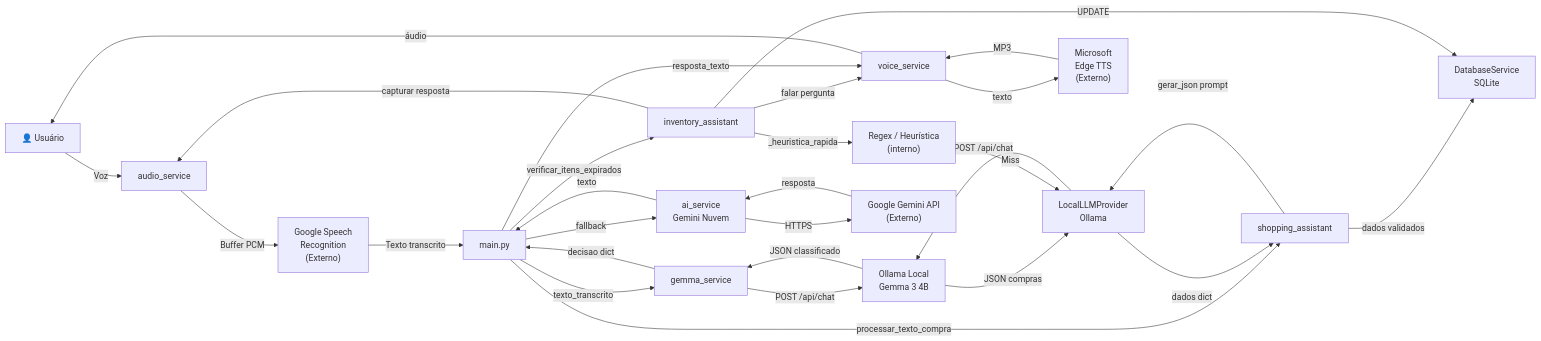
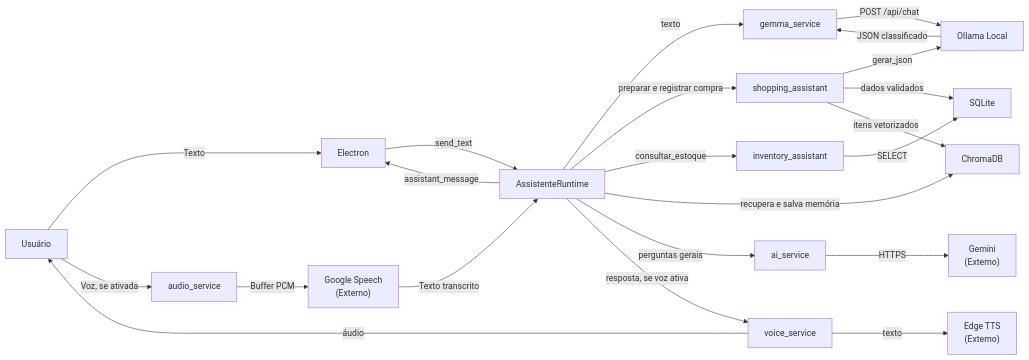
The third of 5 diagrams in Sobre a Versão/05 - Engenharia do Software.md (Felipe-Stu/assistente-domestico), drawn with Mermaid before and after one commit. The commit also changed other lines of this file and 18 other files, not shown here.

First line of the commit message:
feat: Fase 1 — roteamento por regras, compras confiáveis e nuvem restrita

````diff
--- a/Sobre a Versão/05 - Engenharia do Software.md
+++ b/Sobre a Versão/05 - Engenharia do Software.md
@@ -113,35 +133,28 @@
 ```mermaid
 graph LR
-    USER["👤 Usuário"] -->|Voz| AUDIO["audio_service"]
-    AUDIO -->|Buffer PCM| GOOGLE_STT["Google Speech\nRecognition\n(Externo)"]
-    GOOGLE_STT -->|Texto transcrito| MAIN["main.py"]
+    USER["Usuário"] -->|Texto| UI["Electron"]
+    USER -->|Voz, se ativada| AUDIO["audio_service"]
+    AUDIO -->|Buffer PCM| GOOGLE_STT["Google Speech<br>(Externo)"]
+    GOOGLE_STT -->|Texto transcrito| RT["AssistenteRuntime"]
+    UI -->|send_text| RT
+    RT -->|assistant_message| UI
 
-    MAIN -->|texto_transcrito| GEMMA_SVC["gemma_service"]
-    GEMMA_SVC -->|POST /api/chat| OLLAMA["Ollama Local\nGemma 3 4B"]
+    RT -->|texto| GEMMA_SVC["gemma_service"]
+    GEMMA_SVC -->|POST /api/chat| OLLAMA["Ollama Local"]
     OLLAMA -->|JSON classificado| GEMMA_SVC
-    GEMMA_SVC -->|decisao dict| MAIN
 
-    MAIN -->|processar_texto_compra| SHOPPING["shopping_assistant"]
-    SHOPPING -->|gerar_json prompt| LOCAL_LLM["LocalLLMProvider\nOllama"]
-    LOCAL_LLM -->|POST /api/chat| OLLAMA
-    OLLAMA -->|JSON compras| LOCAL_LLM
-    LOCAL_LLM -->|dados dict| SHOPPING
-    SHOPPING -->|dados validados| DB["DatabaseService\nSQLite"]
+    RT -->|preparar e registrar compra| SHOPPING["shopping_assistant"]
+    SHOPPING -->|gerar_json| OLLAMA
+    SHOPPING -->|dados validados| DB["SQLite"]
+    SHOPPING -->|itens vetorizados| CHROMA["ChromaDB"]
 
-    MAIN -->|verificar_itens_expirados| INVENTORY["inventory_assistant"]
-    INVENTORY -->|falar pergunta| VOICE["voice_service"]
-    VOICE -->|texto| EDGE_TTS["Microsoft\nEdge TTS\n(Externo)"]
-    EDGE_TTS -->|MP3| VOICE
+    RT -->|consultar_estoque| INVENTORY["inventory_assistant"]
+    INVENTORY -->|SELECT| DB
+
+    RT -->|recupera e salva memória| CHROMA
+    RT -->|perguntas gerais| AI["ai_service"]
+    AI -->|HTTPS| GEMINI["Gemini<br>(Externo)"]
+    RT -->|resposta, se voz ativa| VOICE["voice_service"]
+    VOICE -->|texto| EDGE_TTS["Edge TTS<br>(Externo)"]
     VOICE -->|áudio| USER
-
-    INVENTORY -->|capturar resposta| AUDIO
-    INVENTORY -->|_heuristica_rapida| REGEX["Regex / Heurística\n(interno)"]
-    REGEX -->|Miss| LOCAL_LLM
-    INVENTORY -->|UPDATE| DB
-
-    MAIN -->|fallback| AI["ai_service\nGemini Nuvem"]
-    AI -->|HTTPS| GEMINI["Google Gemini API\n(Externo)"]
-    GEMINI -->|resposta| AI
-    AI -->|texto| MAIN
-    MAIN -->|resposta_texto| VOICE
 ```
````
